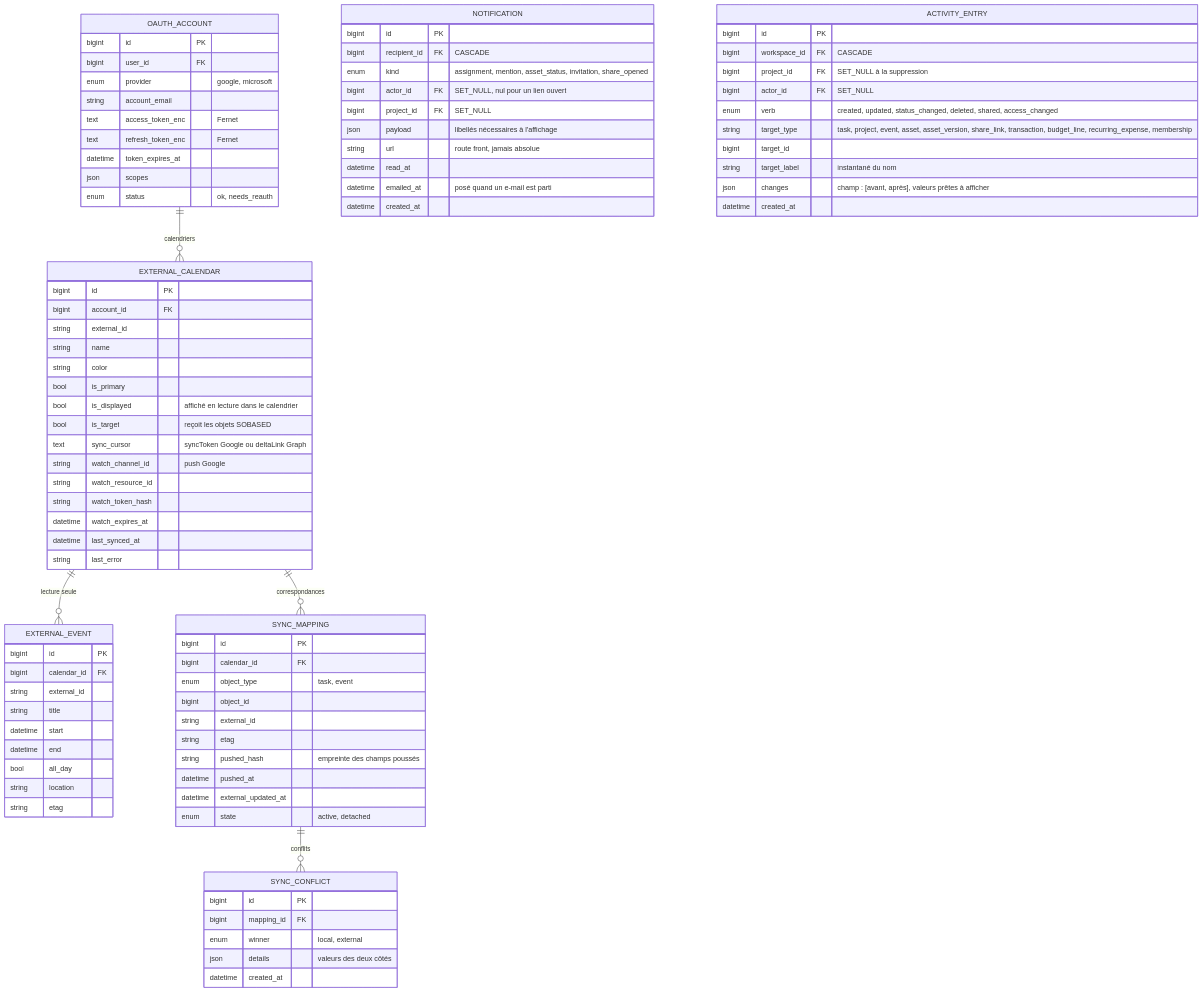
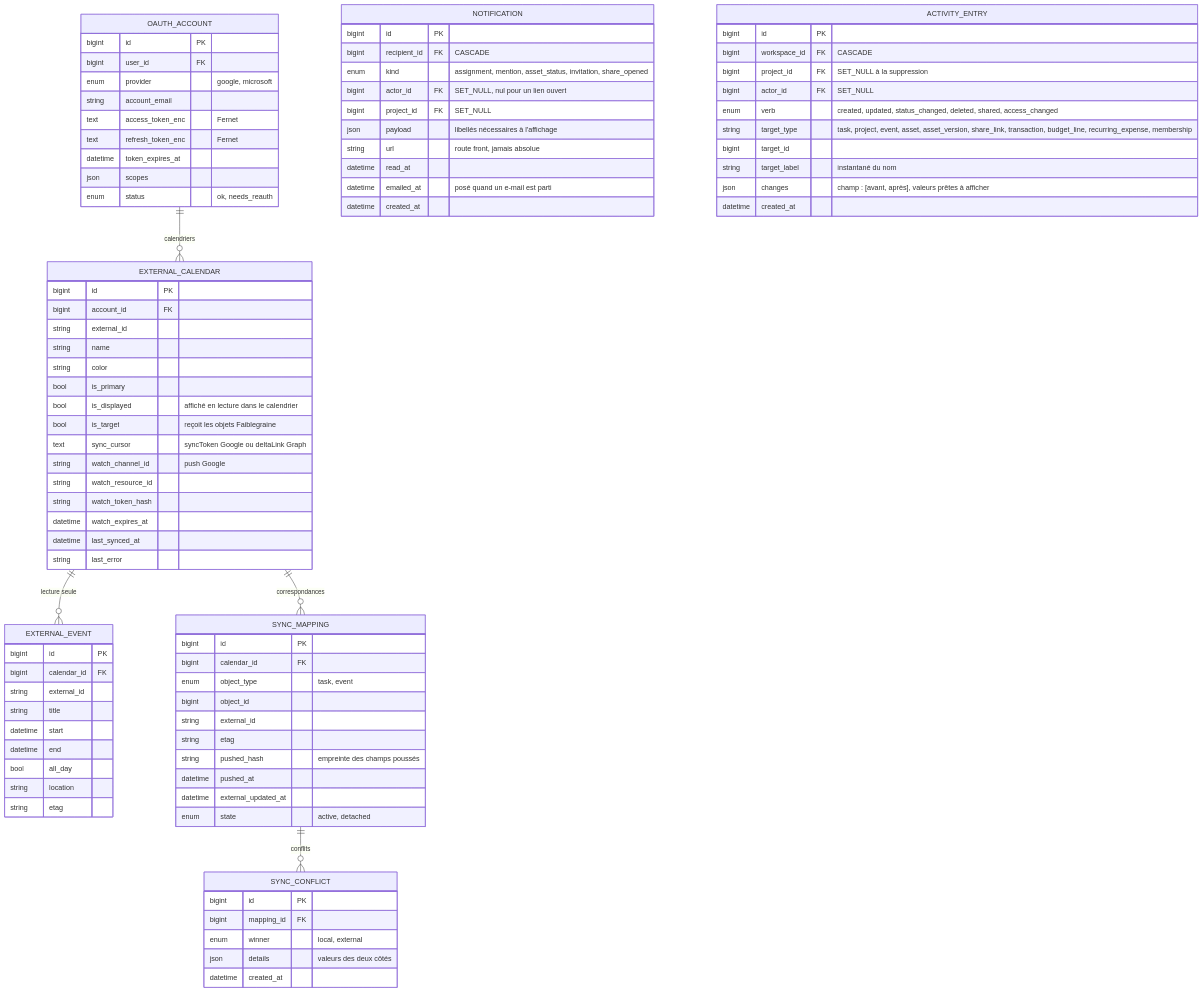
One commit to lucagslr/sobased changed the seventh of 7 diagrams in DATABASE_SCHEMA.md. Above: the diagram before and after it, drawn with Mermaid. The commit also changed other lines of this file and 88 other files, not shown here.

```diff
--- a/DATABASE_SCHEMA.md
+++ b/DATABASE_SCHEMA.md
@@ -559,7 +559,7 @@
         string color
         bool is_primary
         bool is_displayed "affiché en lecture dans le calendrier"
-        bool is_target "reçoit les objets SOBASED"
+        bool is_target "reçoit les objets Faiblegraine"
         text sync_cursor "syncToken Google ou deltaLink Graph"
         string watch_channel_id "push Google"
         string watch_resource_id
```
